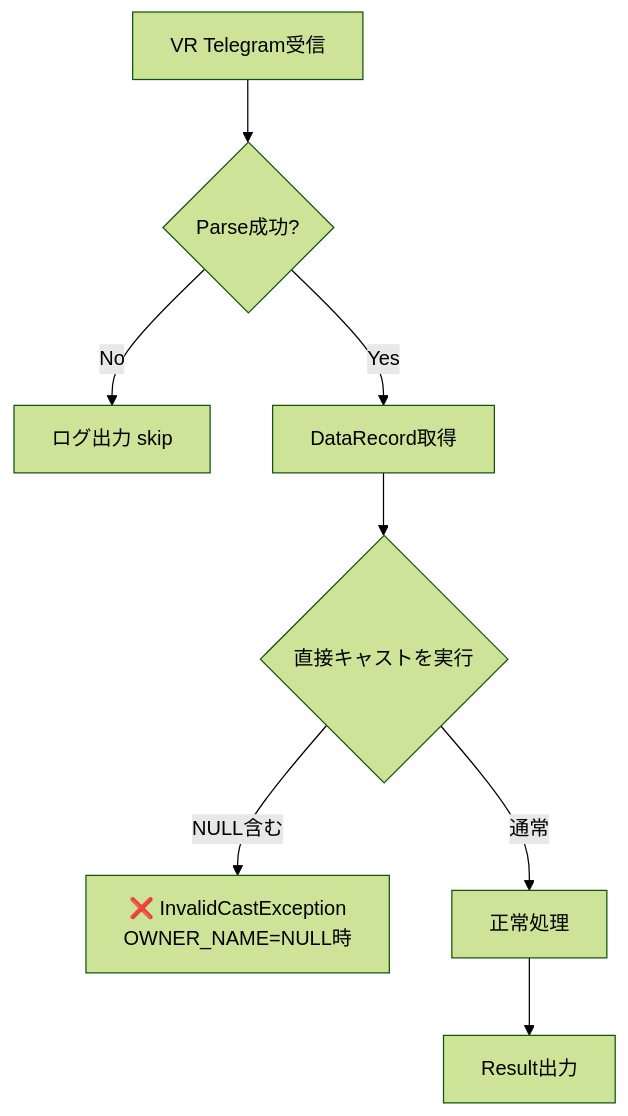
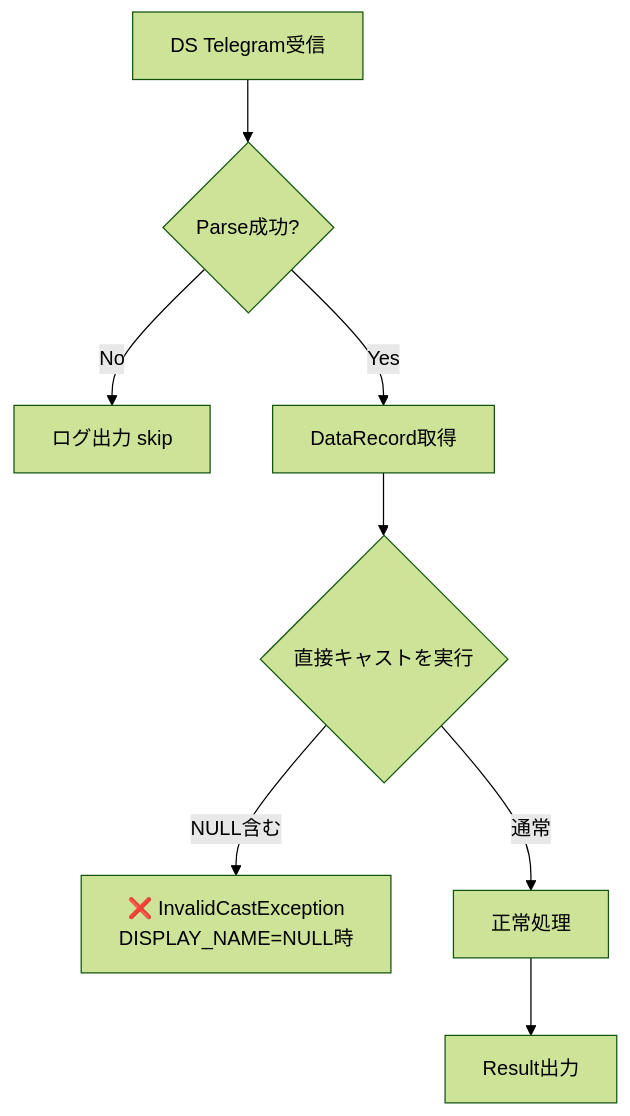
The first of 2 diagrams in skills/verification-and-quality/defect-repair-unified/sub-skills/phase1-investigation.md (duwenji/dev-process-skill-library), drawn with Mermaid (forest theme) before and after one commit. The commit also changed other lines of this file and 6 other files, not shown here.

````diff
--- a/skills/verification-and-quality/defect-repair-unified/sub-skills/phase1-investigation.md
+++ b/skills/verification-and-quality/defect-repair-unified/sub-skills/phase1-investigation.md
@@ -226,19 +226,19 @@
 ```mermaid
 flowchart TD
-    A[VR Telegram受信]
+    A[DS Telegram受信]
     B{Parse成功?}
     C[ログ出力 skip]
     D[DataRecord取得]
     E{直接キャストを実行}
-    F["❌ InvalidCastException<br/>OWNER_NAME=NULL時"]
+    F["❌ InvalidCastException<br/>DISPLAY_NAME=NULL時"]
     G[正常処理]
     H[Result出力]
 
     A --> B
     B -->|No| C
     B -->|Yes| D
     D --> E
     E -->|NULL含む| F
     E -->|通常| G
     G --> H
 ```
````
